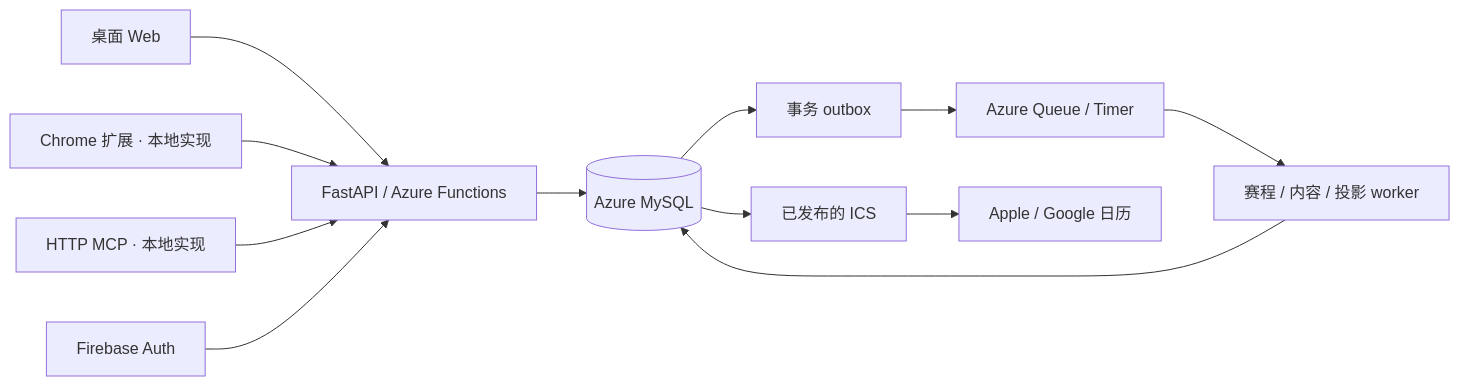
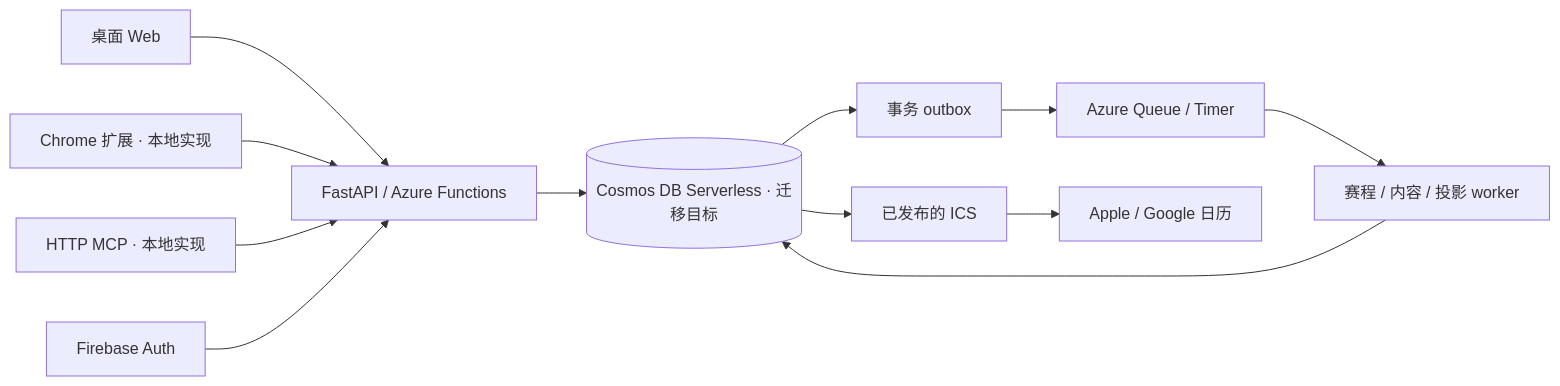
The diagram in docs/architecture.md (zhiqi-27/anke-sports-cloud), drawn with Mermaid before and after one commit. The commit also changed other lines of this file and 19 other files, not shown here.

Commit message:
Prepare Cosmos serverless target and verify Firebase and YouTube integrations

````diff
--- a/docs/architecture.md
+++ b/docs/architecture.md
@@ -15,14 +15,14 @@
 ```mermaid
 flowchart LR
   Web[桌面 Web] --> API[FastAPI / Azure Functions]
   Extension[Chrome 扩展 · 本地实现] --> API
   MCP[HTTP MCP · 本地实现] --> API
   Auth[Firebase Auth] --> API
-  API --> SQL[(Azure MySQL)]
+  API --> SQL[(Cosmos DB Serverless · 迁移目标)]
   SQL --> Outbox[事务 outbox]
   Outbox --> Queue[Azure Queue / Timer]
   Queue --> Worker[赛程 / 内容 / 投影 worker]
   Worker --> SQL
   SQL --> ICS[已发布的 ICS]
   ICS --> Calendar[Apple / Google 日历]
 ```
````
